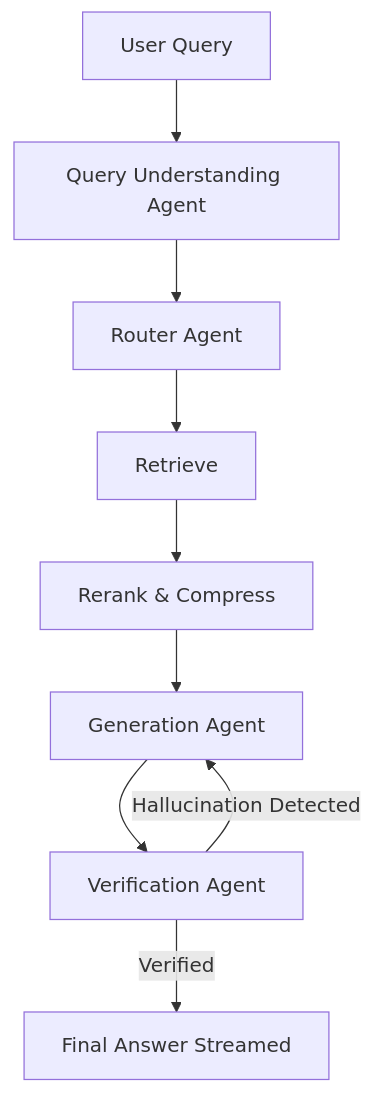
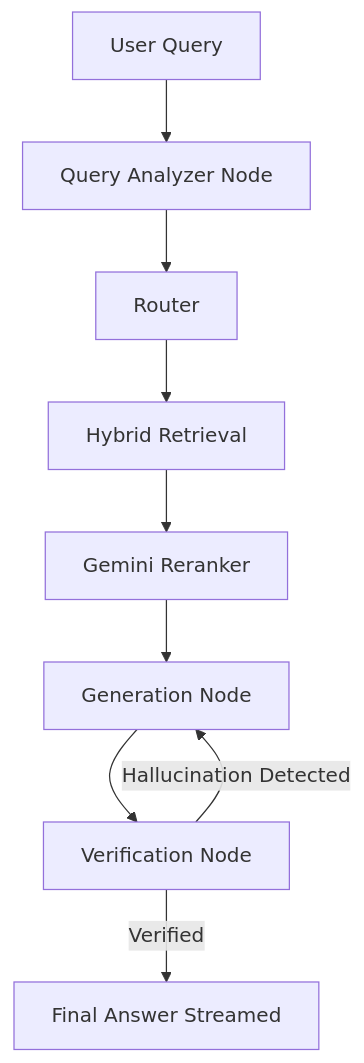
The first of 2 diagrams in README.md (Ayush-kathil/cura-assistant-RAG), drawn with Mermaid before and after one commit. The commit also changed other lines of this file and 31 other files, not shown here.

````diff
--- a/README.md
+++ b/README.md
@@ -24,11 +23,11 @@
 ```mermaid
 graph TD
-    A[User Query] --> B[Query Understanding Agent]
-    B --> C[Router Agent]
-    C --> D[Retrieve]
-    D --> E[Rerank & Compress]
-    E --> F[Generation Agent]
-    F --> G[Verification Agent]
+    A[User Query] --> B[Query Analyzer Node]
+    B --> C[Router]
+    C --> D[Hybrid Retrieval]
+    D --> E[Gemini Reranker]
+    E --> F[Generation Node]
+    F --> G[Verification Node]
     G -->|Hallucination Detected| F
     G -->|Verified| H[Final Answer Streamed]
 ```
````
